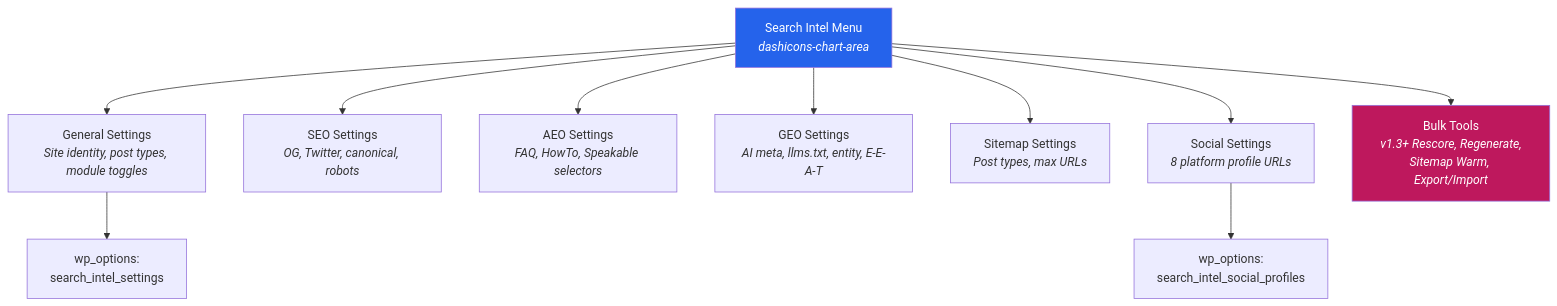
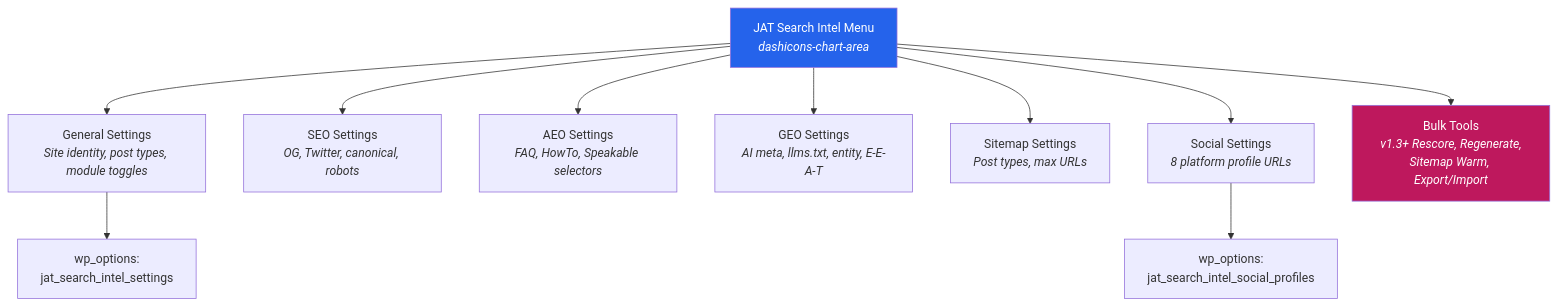
The eighth of 14 diagrams in README.md (CptNope/JAT-Search-Intel), drawn with Mermaid before and after one commit. The commit also changed other lines of this file and 159 other files, not shown here.

First line of the commit message:
Rename every identifier to jat-search-intel / jat_search_intel / JAT_Search_Intel

````diff
--- a/README.md
+++ b/README.md
@@ -772,18 +772,18 @@
 ```mermaid
 graph TD
-    MENU["Search Intel Menu<br/><i>dashicons-chart-area</i>"]
+    MENU["JAT Search Intel Menu<br/><i>dashicons-chart-area</i>"]
 
     MENU --> GEN["General Settings<br/><i>Site identity, post types, module toggles</i>"]
     MENU --> SEO_S["SEO Settings<br/><i>OG, Twitter, canonical, robots</i>"]
     MENU --> AEO_S["AEO Settings<br/><i>FAQ, HowTo, Speakable selectors</i>"]
     MENU --> GEO_S["GEO Settings<br/><i>AI meta, llms.txt, entity, E-E-A-T</i>"]
     MENU --> SIT_S["Sitemap Settings<br/><i>Post types, max URLs</i>"]
     MENU --> SOC_S["Social Settings<br/><i>8 platform profile URLs</i>"]
     MENU --> BULK_S["Bulk Tools<br/><i>v1.3+ Rescore, Regenerate,<br/>Sitemap Warm, Export/Import</i>"]
 
-    GEN --> OPT_MAIN["wp_options:<br/>search_intel_settings"]
-    SOC_S --> OPT_SOC["wp_options:<br/>search_intel_social_profiles"]
+    GEN --> OPT_MAIN["wp_options:<br/>jat_search_intel_settings"]
+    SOC_S --> OPT_SOC["wp_options:<br/>jat_search_intel_social_profiles"]
 
     style MENU fill:#2563eb,color:#fff
     style BULK_S fill:#be185d,color:#fff
 ```
````
